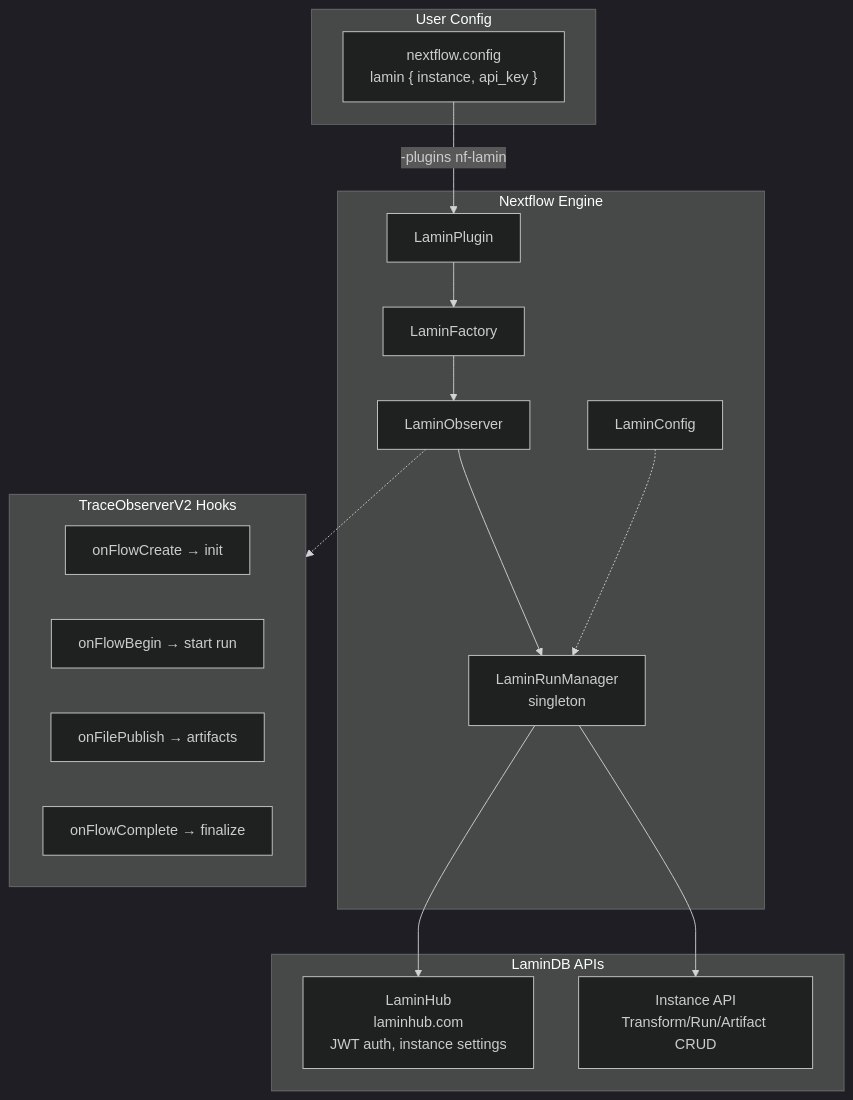
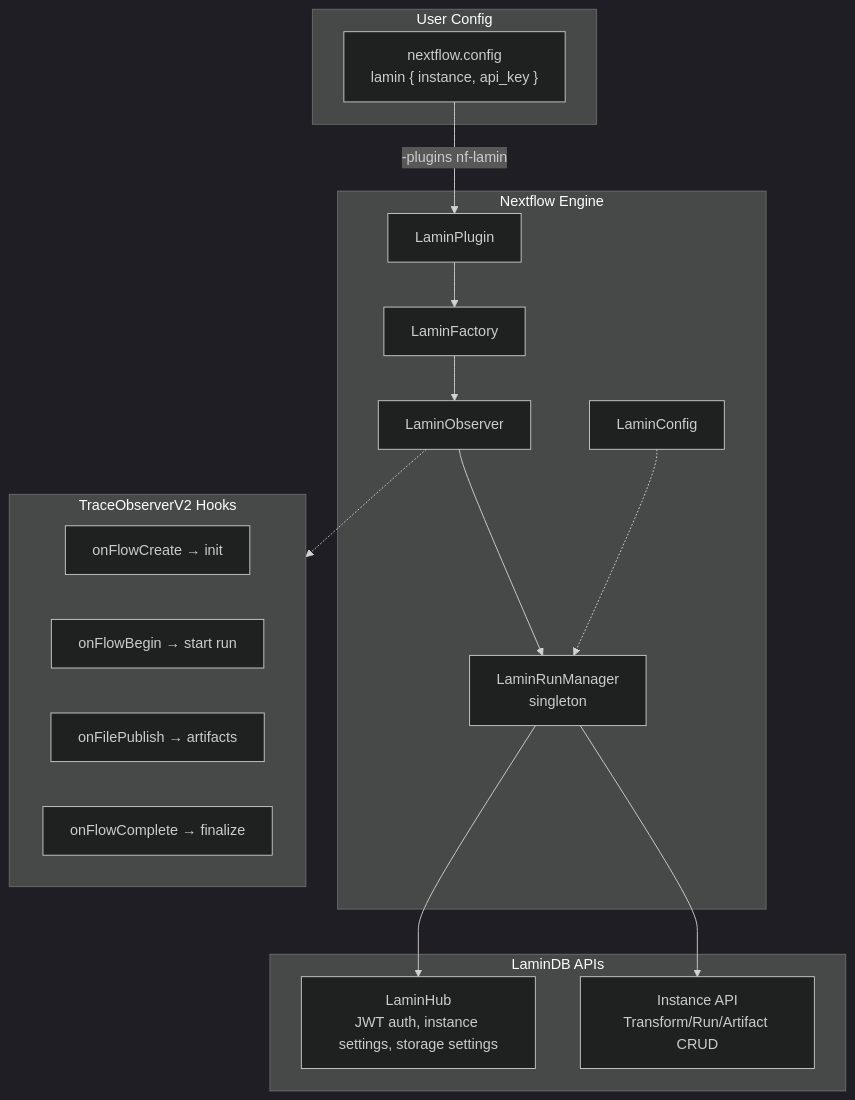
One commit to laminlabs/nf-lamin changed the diagram in AGENTS.md. Above: the diagram before and after it, drawn with Mermaid (dark theme).

````diff
--- a/AGENTS.md
+++ b/AGENTS.md
@@ -11,33 +11,33 @@
 ```mermaid
 flowchart TB
     subgraph User["User Config"]
         Config["nextflow.config<br/>lamin { instance, api_key }"]
     end
 
     subgraph Nextflow["Nextflow Engine"]
         Plugin[LaminPlugin] --> Factory[LaminFactory]
         Factory --> Observer[LaminObserver]
         Observer --> Manager[LaminRunManager<br/>singleton]
         ConfigScope[LaminConfig]
     end
 
     subgraph LaminDB["LaminDB APIs"]
-        Hub["LaminHub<br/>laminhub.com<br/>JWT auth, instance settings"]
+        Hub["LaminHub<br/>JWT auth, instance settings, storage settings"]
         Instance["Instance API<br/>Transform/Run/Artifact CRUD"]
     end
 
     Config -->|"-plugins nf-lamin"| Plugin
     ConfigScope -.-> Manager
     Manager --> Hub
     Manager --> Instance
 
     subgraph Lifecycle["TraceObserverV2 Hooks"]
         direction LR
         E1["onFlowCreate → init"]
         E2["onFlowBegin → start run"]
         E3["onFilePublish → artifacts"]
         E4["onFlowComplete → finalize"]
     end
 
     Observer -.-> Lifecycle
 ```
````
